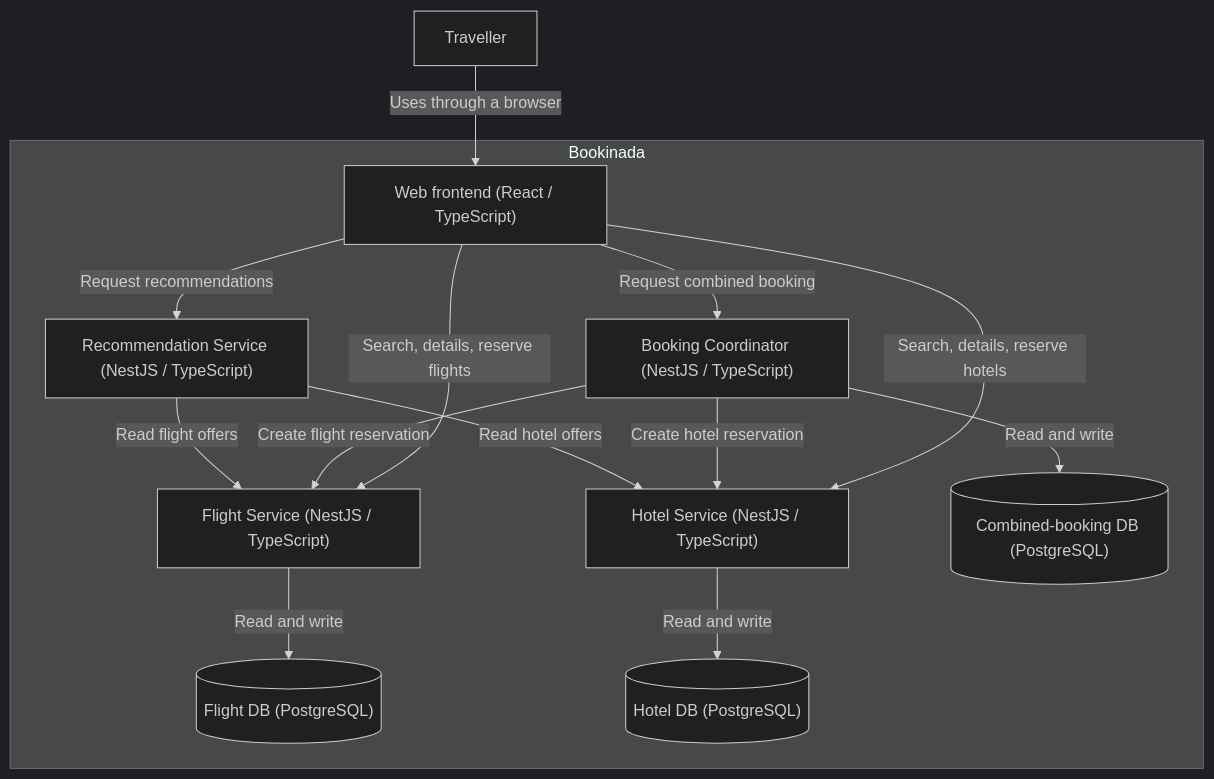
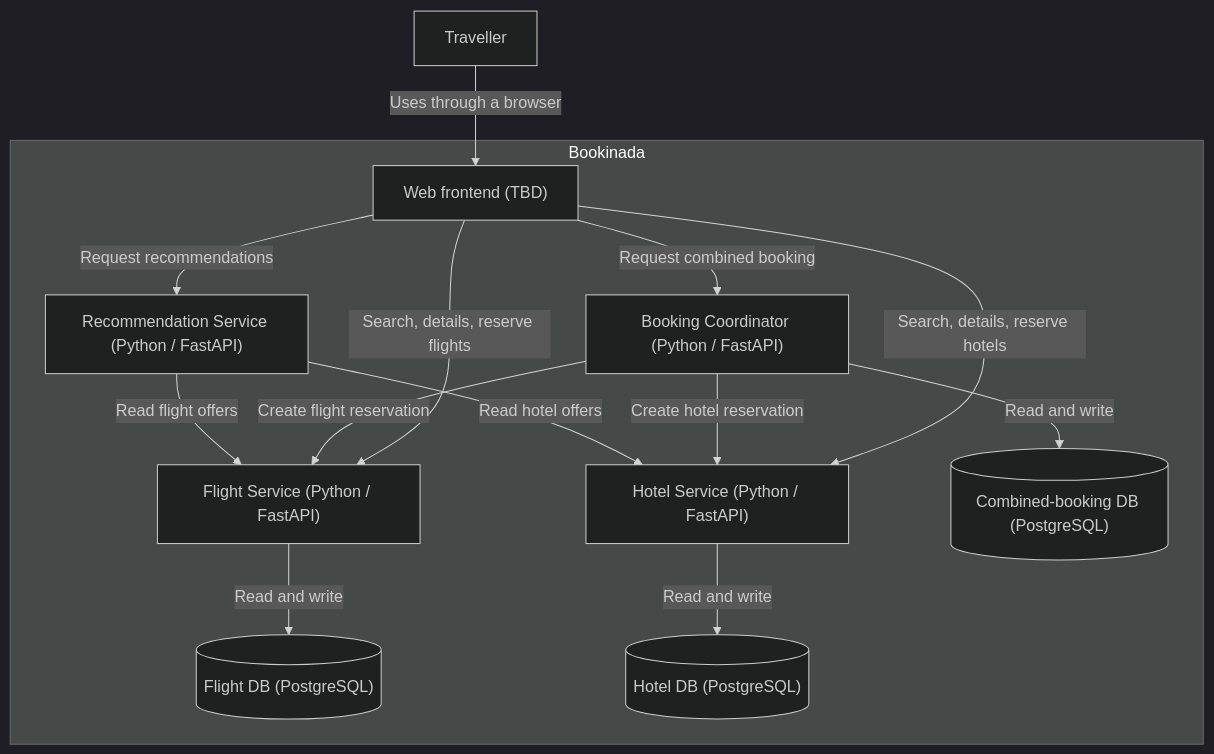
Before and after one commit to ynlabs/bookinada: the diagram in docs/architecture.md, drawn with Mermaid (dark theme). The commit also changed other lines of this file and 13 other files, not shown here.

Commit message:
refactor: migrate API validation tooling to Python

````diff
--- a/docs/architecture.md
+++ b/docs/architecture.md
@@ -67,32 +64,32 @@
 ```mermaid
 flowchart TB
     U["Traveller"]
 
     subgraph B["Bookinada"]
-        W["Web frontend (React / TypeScript)"]
-        C["Booking Coordinator (NestJS / TypeScript)"]
-        R["Recommendation Service (NestJS / TypeScript)"]
-        F["Flight Service (NestJS / TypeScript)"]
-        H["Hotel Service (NestJS / TypeScript)"]
+        W["Web frontend (TBD)"]
+        C["Booking Coordinator (Python / FastAPI)"]
+        R["Recommendation Service (Python / FastAPI)"]
+        F["Flight Service (Python / FastAPI)"]
+        H["Hotel Service (Python / FastAPI)"]
 
         FD[("Flight DB (PostgreSQL)")]
         HD[("Hotel DB (PostgreSQL)")]
         CD[("Combined-booking DB (PostgreSQL)")]
 
         W -->|"Search, details, reserve flights"| F
         W -->|"Search, details, reserve hotels"| H
         W -->|"Request combined booking"| C
         W -->|"Request recommendations"| R
 
         C -->|"Create flight reservation"| F
         C -->|"Create hotel reservation"| H
         R -->|"Read flight offers"| F
         R -->|"Read hotel offers"| H
 
         F -->|"Read and write"| FD
         H -->|"Read and write"| HD
         C -->|"Read and write"| CD
     end
 
     U -->|"Uses through a browser"| W
 ```
````
